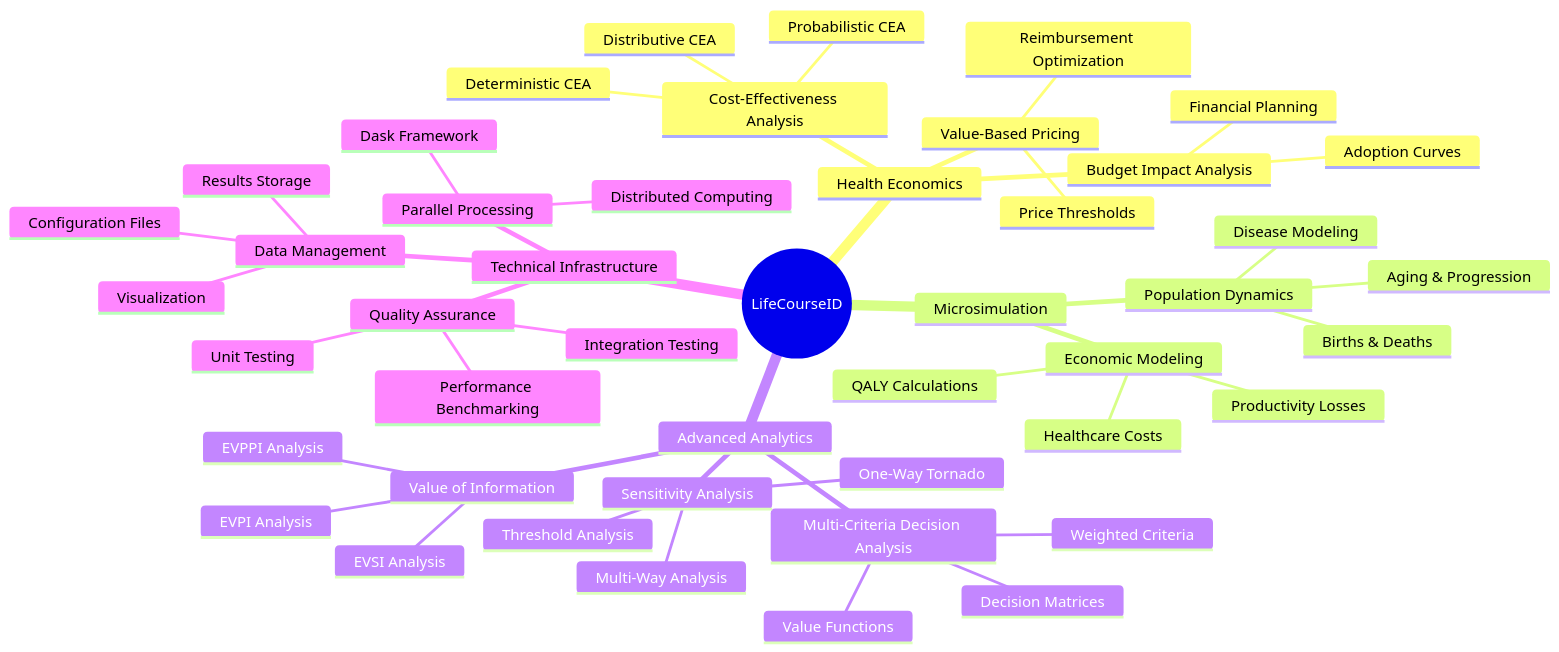
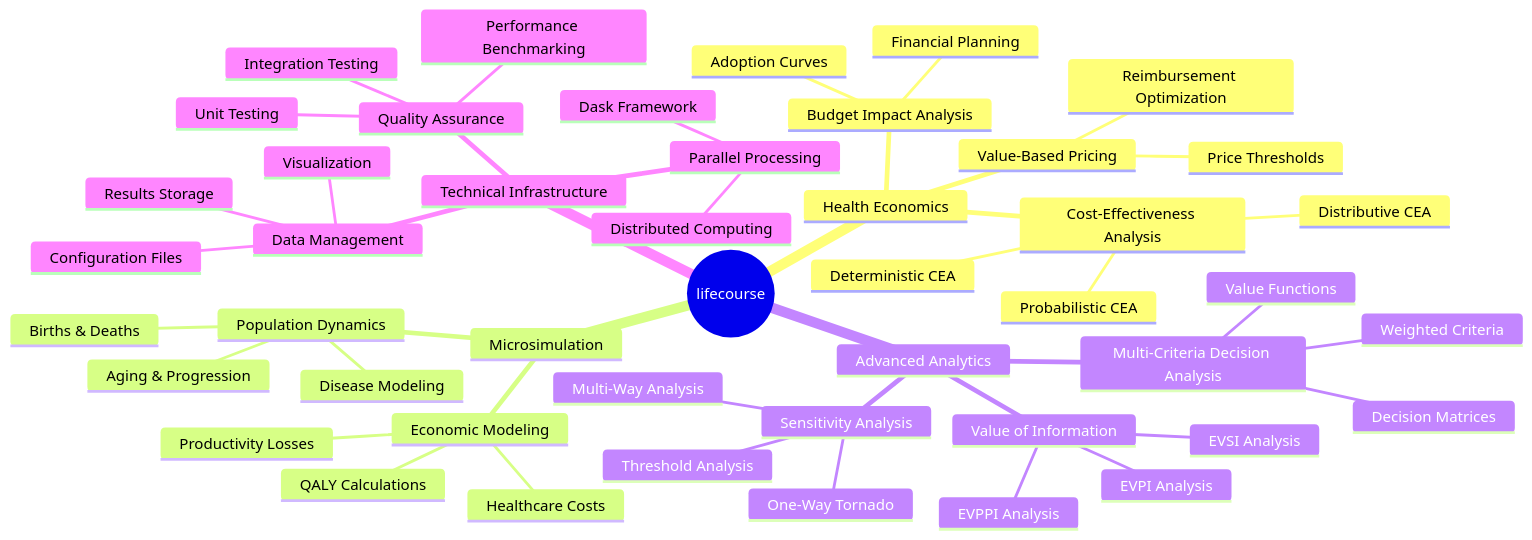
The third of 4 diagrams in docs/design.md (edithatogo/lifecourse), drawn with Mermaid before and after one commit. The commit also changed other lines of this file and 12 other files, not shown here.

````diff
--- a/docs/design.md
+++ b/docs/design.md
@@ -199,49 +199,49 @@
 ```mermaid
 mindmap
-  root((LifeCourseID))
+  root((lifecourse))
     Health Economics
       Cost-Effectiveness Analysis
         Deterministic CEA
         Probabilistic CEA
         Distributive CEA
       Budget Impact Analysis
         Adoption Curves
         Financial Planning
       Value-Based Pricing
         Price Thresholds
         Reimbursement Optimization
     Microsimulation
       Population Dynamics
         Births & Deaths
         Aging & Progression
         Disease Modeling
       Economic Modeling
         Healthcare Costs
         Productivity Losses
         QALY Calculations
     Advanced Analytics
       Value of Information
         EVPI Analysis
         EVPPI Analysis
         EVSI Analysis
       Multi-Criteria Decision Analysis
         Weighted Criteria
         Value Functions
         Decision Matrices
       Sensitivity Analysis
         One-Way Tornado
         Multi-Way Analysis
         Threshold Analysis
     Technical Infrastructure
       Parallel Processing
         Dask Framework
         Distributed Computing
       Data Management
         Configuration Files
         Results Storage
         Visualization
       Quality Assurance
         Unit Testing
         Integration Testing
         Performance Benchmarking
 ```
````
